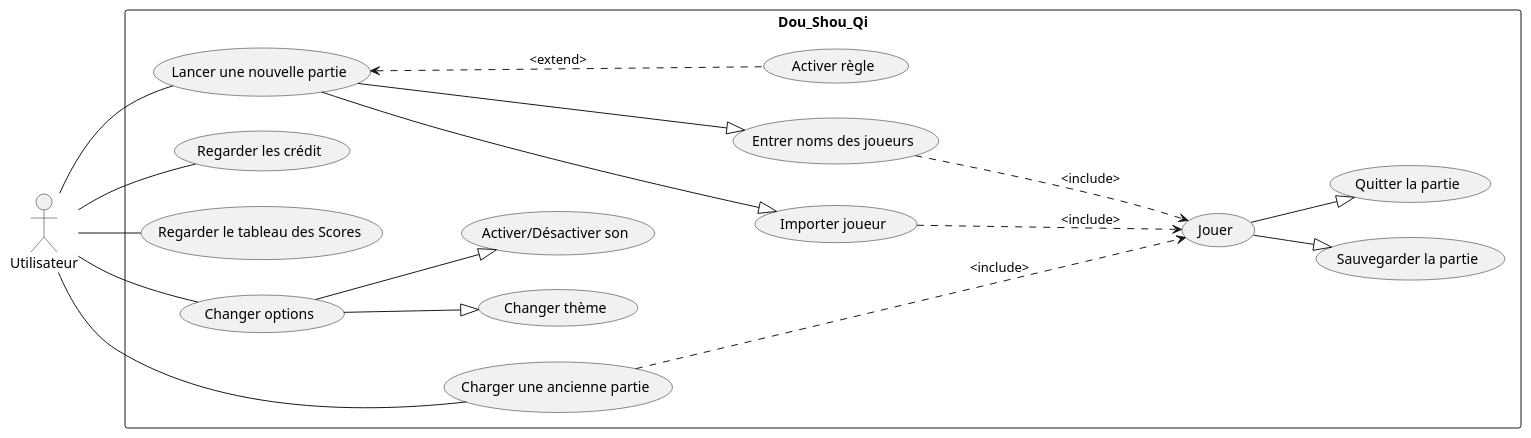
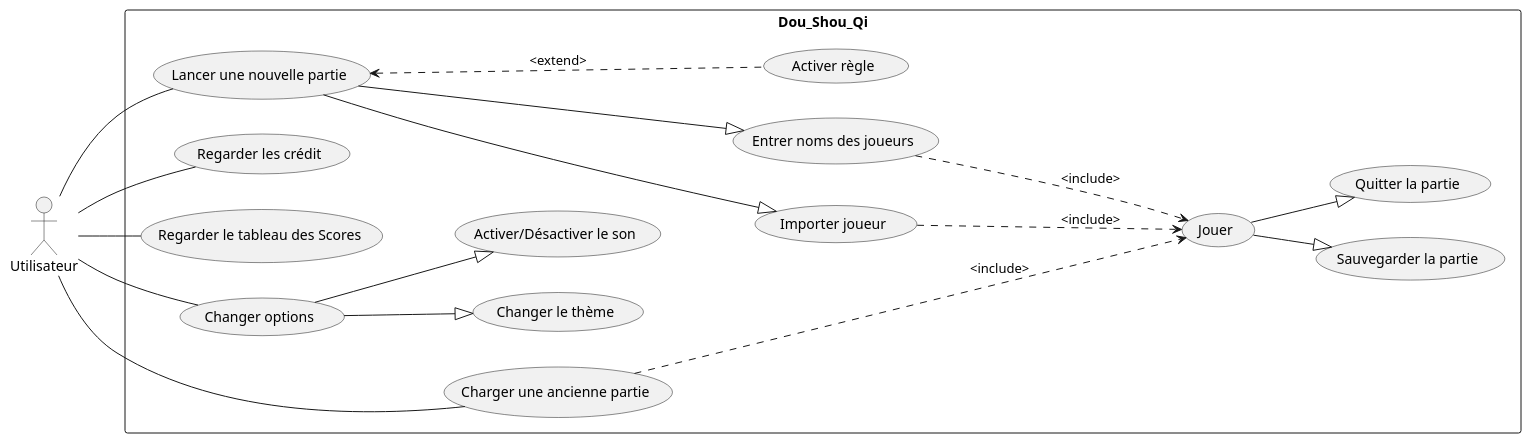
The diagram in docs/use_cases.md (Pepit0404/DouShouQi), drawn with PlantUML before and after one commit. The commit also changed other lines of this file, not shown here.

````diff
--- a/docs/use_cases.md
+++ b/docs/use_cases.md
@@ -3,37 +3,37 @@
 ``` plantuml
 @startuml
 left to right direction
 actor "Utilisateur" as j
 rectangle Dou_Shou_Qi{
   usecase "Lancer une nouvelle partie" as UC1
   usecase "Charger une ancienne partie" as UC2
   usecase "Regarder les crédit" as UC3
   usecase "Regarder le tableau des Scores" as UC4
   usecase "Changer options" as UC8
-  usecase "Activer/Désactiver son" as UC9
-  usecase "Changer thème" as UC10
+  usecase "Activer/Désactiver le son" as UC9
+  usecase "Changer le thème" as UC10
   usecase "Entrer noms des joueurs" as UC5
   usecase "Activer règle" as UC6
   usecase "Jouer" as UC7
   usecase "Importer joueur" as UC11
   usecase "Sauvegarder la partie" as UC12
   usecase "Quitter la partie" as UC13
   
 }
 j-- UC1
 j-- UC2
 j-- UC3
 j-- UC4
 j-- UC8
 UC1 ---|> UC5 
 UC1 ---|> UC11 
 UC1 <... UC6 : <extend>
 UC5 ...> UC7 : <include>
 UC2 ....> UC7 : <include>
 UC11 ...> UC7 : <include>
 UC8 --|> UC9 
 UC8 --|> UC10
 UC7 --|> UC12
 UC7 --|> UC13
 @enduml
 ```
````
